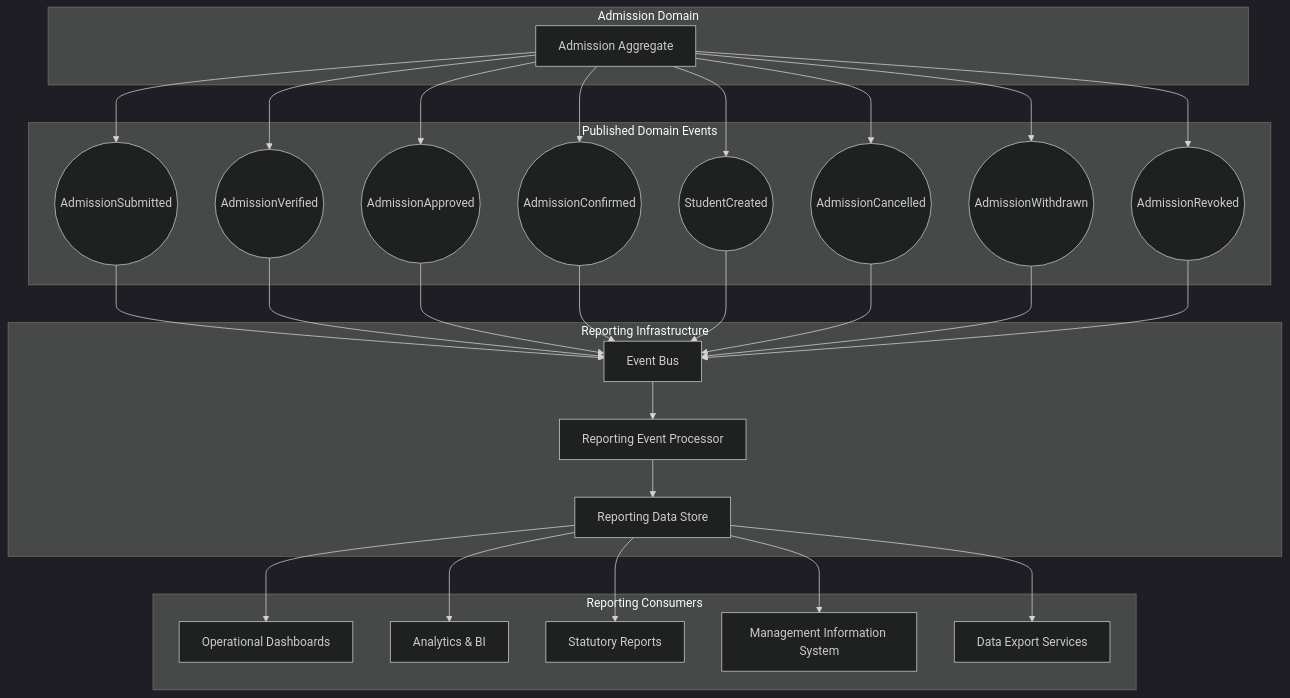
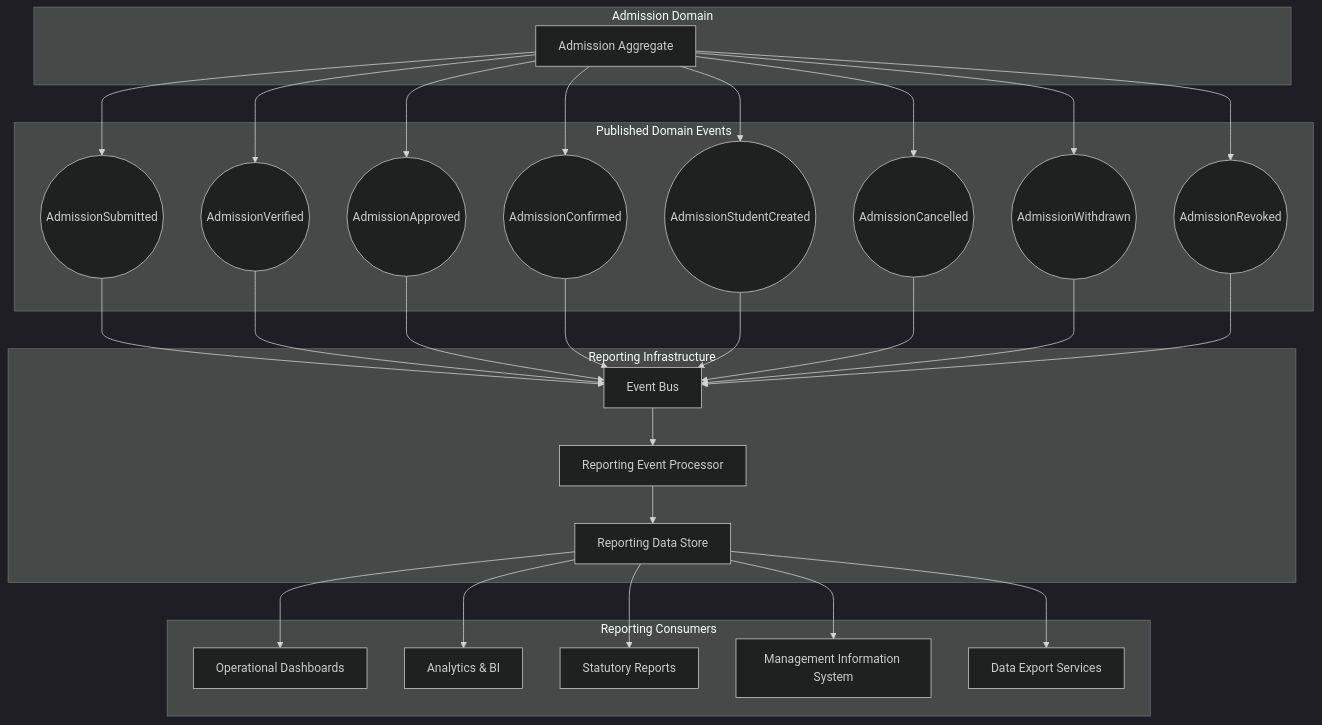
Diagram 23 of 24 in architecture/L2_Domain_Workflow_Architecture/section-c/L2-C01_Admissions_Workflows.md (Varad1604/ERP_hark), drawn with Mermaid (dark theme) before and after one commit. The commit also changed other lines of this file and 32 other files, not shown here.

```diff
--- a/architecture/L2_Domain_Workflow_Architecture/section-c/L2-C01_Admissions_Workflows.md
+++ b/architecture/L2_Domain_Workflow_Architecture/section-c/L2-C01_Admissions_Workflows.md
@@ -8841,7 +8841,7 @@
 E2((AdmissionVerified))
 E3((AdmissionApproved))
 E4((AdmissionConfirmed))
-E5((StudentCreated))
+E5((AdmissionStudentCreated))
 E6((AdmissionCancelled))
 E7((AdmissionWithdrawn))
 E8((AdmissionRevoked))
```
